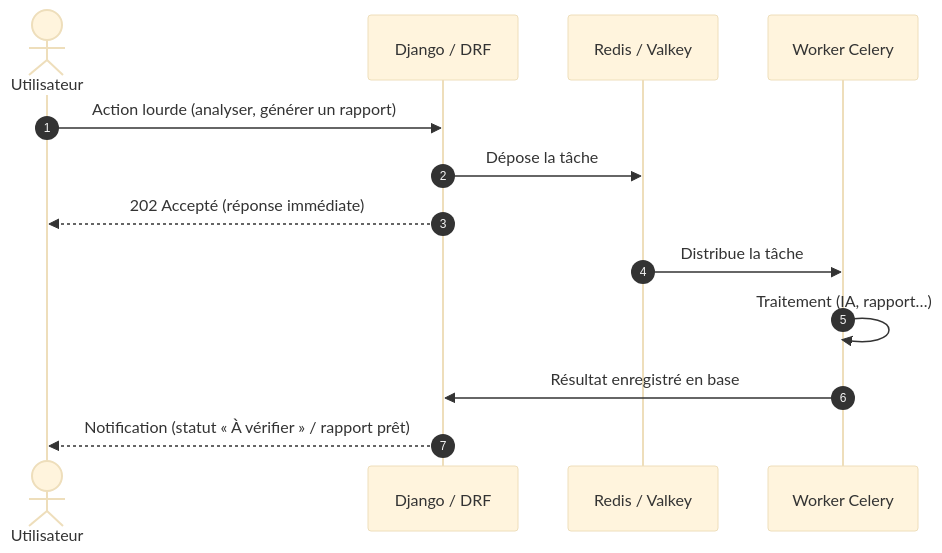
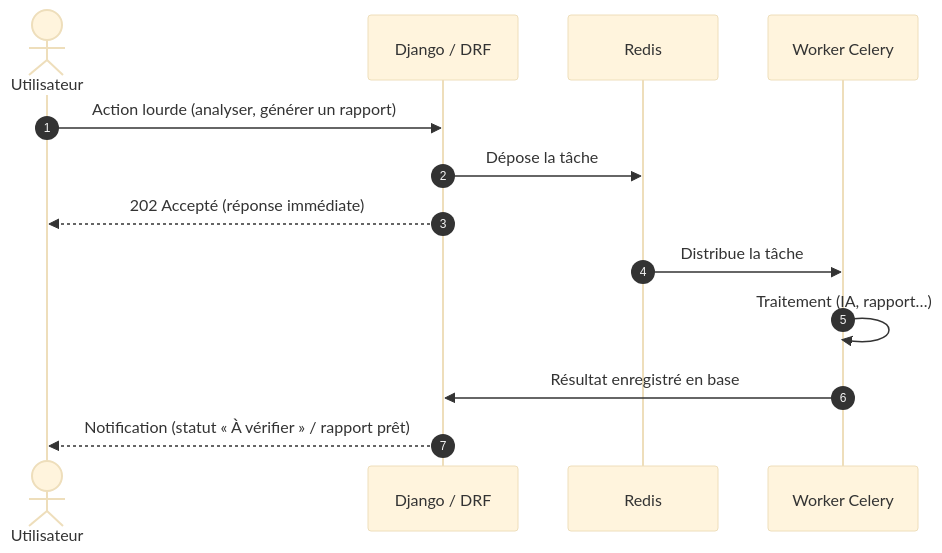
Before and after one commit to arixstoo/PFE: the fifth of 9 diagrams in memoire/choix_techniques_chapitre.md, drawn with Mermaid (base theme). The commit also changed other lines of this file and 15 other files, not shown here.

````diff
--- a/memoire/choix_techniques_chapitre.md
+++ b/memoire/choix_techniques_chapitre.md
@@ -225,15 +224,15 @@
 ```mermaid
 sequenceDiagram
     autonumber
     actor U as Utilisateur
     participant API as Django / DRF
-    participant R as Redis / Valkey
+    participant R as Redis
     participant W as Worker Celery
     U->>API: Action lourde (analyser, générer un rapport)
     API->>R: Dépose la tâche
     API-->>U: 202 Accepté (réponse immédiate)
     R->>W: Distribue la tâche
     W->>W: Traitement (IA, rapport…)
     W->>API: Résultat enregistré en base
     API-->>U: Notification (statut « À vérifier » / rapport prêt)
 ```
````
